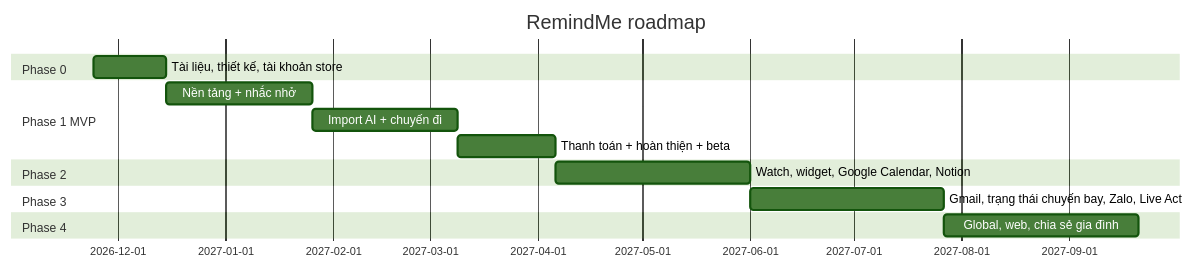
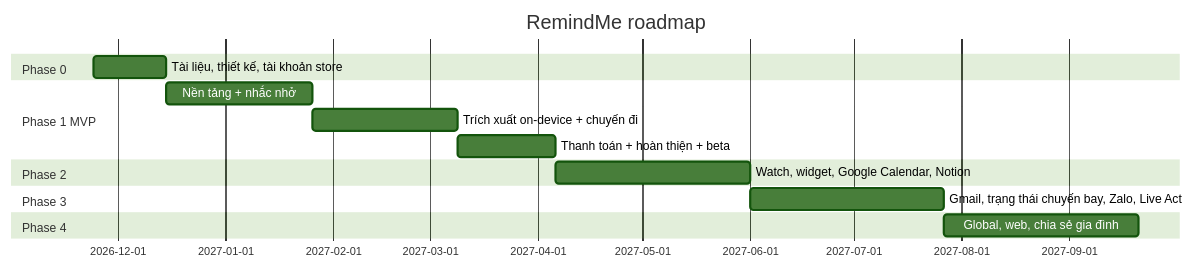
One commit to ducpham2806/RemindMe changed the diagram in docs/plan/implementation-plan.md. Above: the diagram before and after it, drawn with Mermaid (forest theme). The commit also changed other lines of this file and 20 other files, not shown here.

First line of the commit message:
docs(extraction): chuyển trích xuất ảnh/file sang chạy trên máy, bỏ AI API trả phí

````diff
--- a/docs/plan/implementation-plan.md
+++ b/docs/plan/implementation-plan.md
@@ -8,17 +9,17 @@
 ```mermaid
 gantt
   dateFormat YYYY-MM-DD
   title RemindMe roadmap
   section Phase 0
   Tài liệu, thiết kế, tài khoản store        :p0, 2026-11-24, 3w
   section Phase 1 MVP
   Nền tảng + nhắc nhở                         :p1a, after p0, 6w
-  Import AI + chuyến đi                        :p1b, after p1a, 6w
+  Trích xuất on-device + chuyến đi            :p1b, after p1a, 6w
   Thanh toán + hoàn thiện + beta              :p1c, after p1b, 4w
   section Phase 2
   Watch, widget, Google Calendar, Notion      :p2, after p1c, 8w
   section Phase 3
   Gmail, trạng thái chuyến bay, Zalo, Live Act:p3, after p2, 8w
   section Phase 4
   Global, web, chia sẻ gia đình               :p4, after p3, 8w
 ```
````
